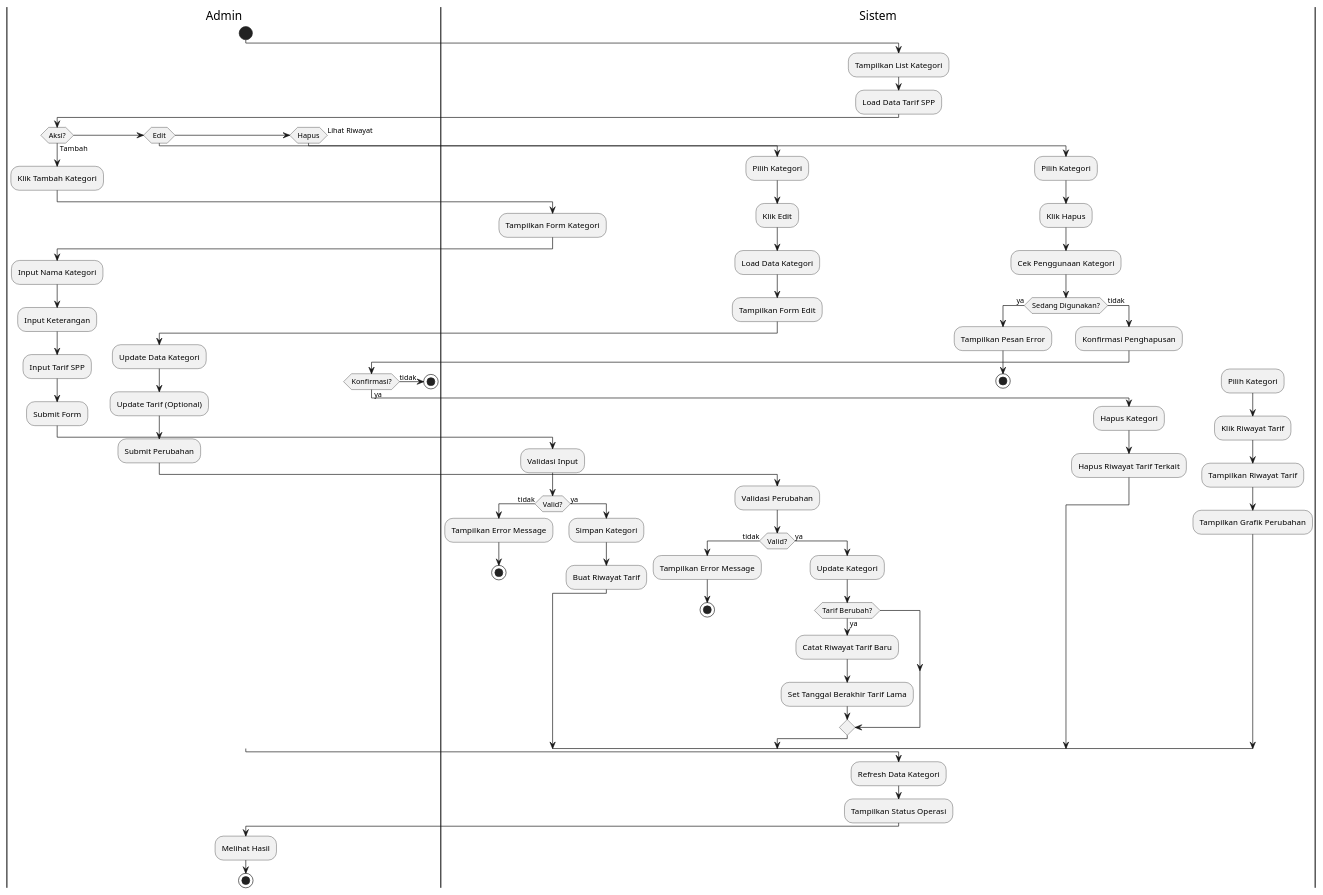
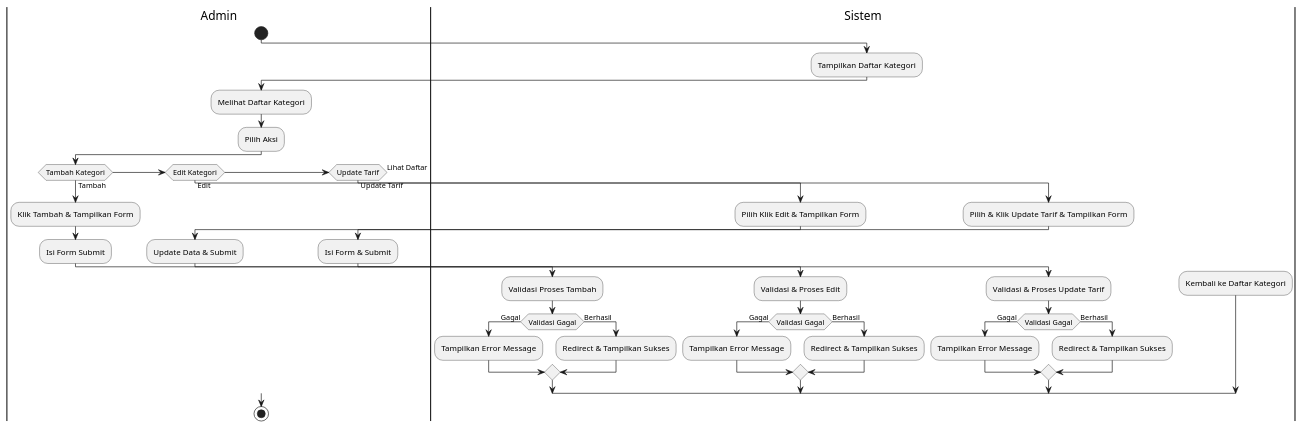
One commit to faruq-idn/SPP-JNJ changed the diagram in diagrams/activity_kategori.puml. Above: the diagram before and after it, drawn with PlantUML. The commit also changed 38 other files, not shown here.

```diff
--- a/diagrams/activity_kategori.puml
+++ b/diagrams/activity_kategori.puml
@@ -1,101 +1,53 @@
-@startuml Kelola Kategori Santri
+@startuml Kelola Kategori Santri (Sedikit Lebih Sederhana Lagi)
 
 |Admin|
 start
 
 |Sistem|
-:Tampilkan List Kategori;
-:Load Data Tarif SPP;
+:Tampilkan Daftar Kategori;
 
 |Admin|
-if (Aksi?) then (Tambah)
-    :Klik Tambah Kategori;
-    
+:Melihat Daftar Kategori;
+:Pilih Aksi;
+
+if (Tambah Kategori) then (Tambah)
+    :Klik Tambah & Tampilkan Form;
+    |Admin|
+    :Isi Form Submit;
     |Sistem|
-    :Tampilkan Form Kategori;
-    
+    :Validasi Proses Tambah;
+    if (Validasi Gagal) then (Gagal)
+        :Tampilkan Error Message;
+    else (Berhasil)
+        :Redirect & Tampilkan Sukses;
+    endif
+elseif (Edit Kategori) then (Edit)
+    :Pilih Klik Edit & Tampilkan Form;
     |Admin|
-    :Input Nama Kategori;
-    :Input Keterangan;
-    :Input Tarif SPP;
-    :Submit Form;
-    
+    :Update Data & Submit;
     |Sistem|
-    :Validasi Input;
-    
-    if (Valid?) then (tidak)
+    :Validasi & Proses Edit;
+    if (Validasi Gagal) then (Gagal)
         :Tampilkan Error Message;
-        stop
-    else (ya)
-        :Simpan Kategori;
-        :Buat Riwayat Tarif;
+    else (Berhasil)
+        :Redirect & Tampilkan Sukses;
     endif
-    
-elseif (Edit)
-    :Pilih Kategori;
-    :Klik Edit;
-    
+elseif (Update Tarif) then (Update Tarif)
+    :Pilih & Klik Update Tarif & Tampilkan Form;
+    |Admin|
+    :Isi Form & Submit;
     |Sistem|
-    :Load Data Kategori;
-    :Tampilkan Form Edit;
-    
-    |Admin|
-    :Update Data Kategori;
-    :Update Tarif (Optional);
-    :Submit Perubahan;
-    
-    |Sistem|
-    :Validasi Perubahan;
-    
-    if (Valid?) then (tidak)
+    :Validasi & Proses Update Tarif;
+    if (Validasi Gagal) then (Gagal)
         :Tampilkan Error Message;
-        stop
-    else (ya)
-        :Update Kategori;
-        if (Tarif Berubah?) then (ya)
-            :Catat Riwayat Tarif Baru;
-            :Set Tanggal Berakhir Tarif Lama;
-        endif
+    else (Berhasil)
+        :Redirect & Tampilkan Sukses;
     endif
-    
-elseif (Hapus)
-    :Pilih Kategori;
-    :Klik Hapus;
-    
-    |Sistem|
-    :Cek Penggunaan Kategori;
-    
-    if (Sedang Digunakan?) then (ya)
-        :Tampilkan Pesan Error;
-        stop
-    else (tidak)
-        :Konfirmasi Penghapusan;
-        
-        |Admin|
-        if (Konfirmasi?) then (tidak)
-            stop
-        else (ya)
-            |Sistem|
-            :Hapus Kategori;
-            :Hapus Riwayat Tarif Terkait;
-        endif
-    endif
-    
-else (Lihat Riwayat)
-    :Pilih Kategori;
-    :Klik Riwayat Tarif;
-    
-    |Sistem|
-    :Tampilkan Riwayat Tarif;
-    :Tampilkan Grafik Perubahan;
+else (Lihat Daftar)
+    :Kembali ke Daftar Kategori;
 endif
 
-|Sistem|
-:Refresh Data Kategori;
-:Tampilkan Status Operasi;
-
 |Admin|
-:Melihat Hasil;
 stop
 
 @enduml
```
